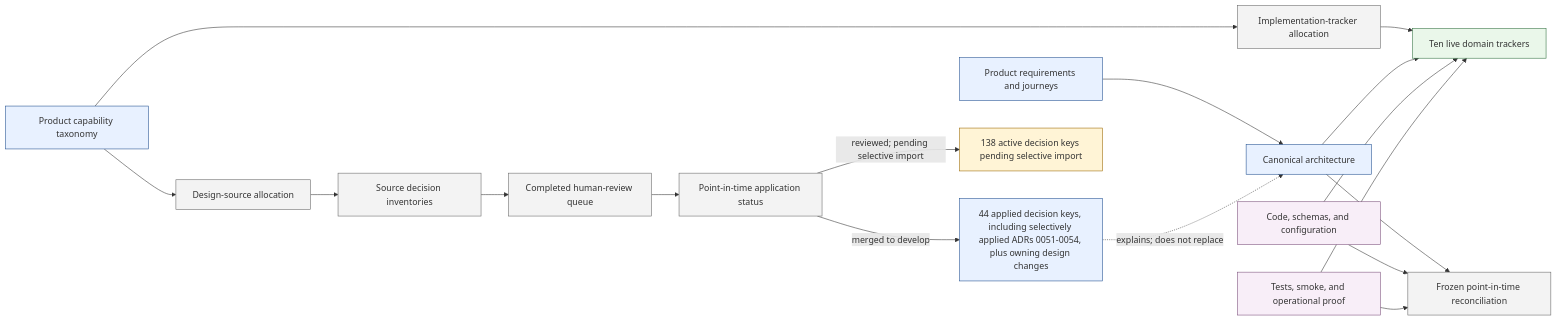
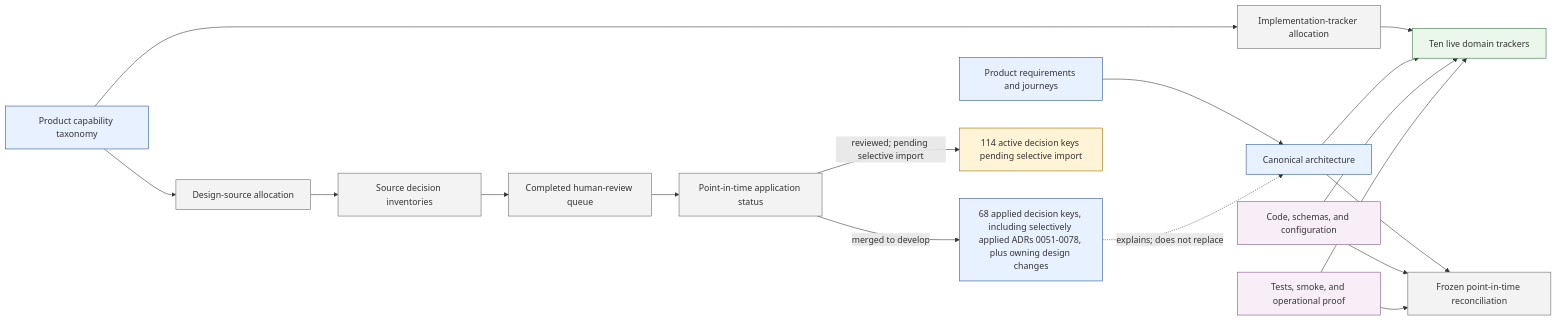
Before and after one commit to benhook1013/FireMUD: the diagram in design/project-management/design-alignment/README.md, drawn with Mermaid. The commit also changed other lines of this file and 83 other files, not shown here.

````diff
--- a/design/project-management/design-alignment/README.md
+++ b/design/project-management/design-alignment/README.md
@@ -27,27 +27,27 @@
 ```mermaid
 flowchart LR
     PRODUCT[Product requirements and journeys]:::canonical --> ARCH[Canonical architecture]:::canonical
     TAXONOMY[Product capability taxonomy]:::canonical --> DESIGN_ALLOC[Design-source allocation]:::alignment
     DESIGN_ALLOC --> SOURCE_INV[Source decision inventories]:::alignment
     SOURCE_INV --> HUMAN_QUEUE[Completed human-review queue]:::alignment
     HUMAN_QUEUE --> APPLY[Point-in-time application status]:::alignment
-    APPLY -->|merged to develop| ADRS[44 applied decision keys, including selectively applied ADRs 0051-0054, plus owning design changes]:::canonical
+    APPLY -->|merged to develop| ADRS[68 applied decision keys, including selectively applied ADRs 0051-0078, plus owning design changes]:::canonical
     ADRS -. explains; does not replace .-> ARCH
-    APPLY -->|reviewed; pending selective import| PENDING[138 active decision keys pending selective import]:::pending
+    APPLY -->|reviewed; pending selective import| PENDING[114 active decision keys pending selective import]:::pending
 
     TAXONOMY --> TRACKER_ALLOC[Implementation-tracker allocation]:::alignment
     TRACKER_ALLOC --> TRACKERS[Ten live domain trackers]:::status
     ARCH --> TRACKERS
     CODE[Code, schemas, and configuration]:::evidence --> TRACKERS
     PROOF[Tests, smoke, and operational proof]:::evidence --> TRACKERS
 
     ARCH --> RECON[Frozen point-in-time reconciliation]:::alignment
     CODE --> RECON
     PROOF --> RECON
 
     classDef canonical fill:#e8f1ff,stroke:#1f4f8f
     classDef alignment fill:#f3f3f3,stroke:#666
     classDef pending fill:#fff4d6,stroke:#9a6700
     classDef status fill:#eaf7ea,stroke:#2f6f3e
     classDef evidence fill:#f8eef8,stroke:#7a4e7a
 ```
````
